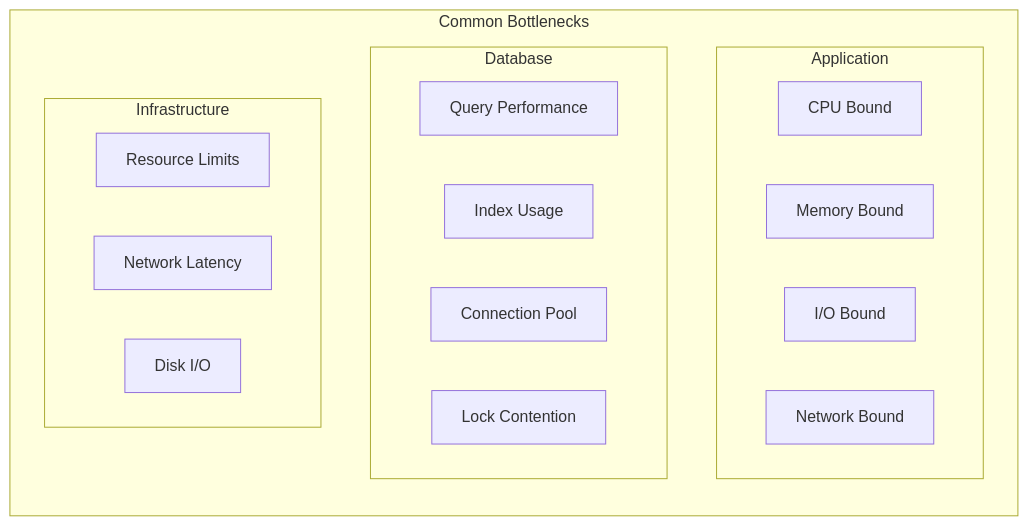
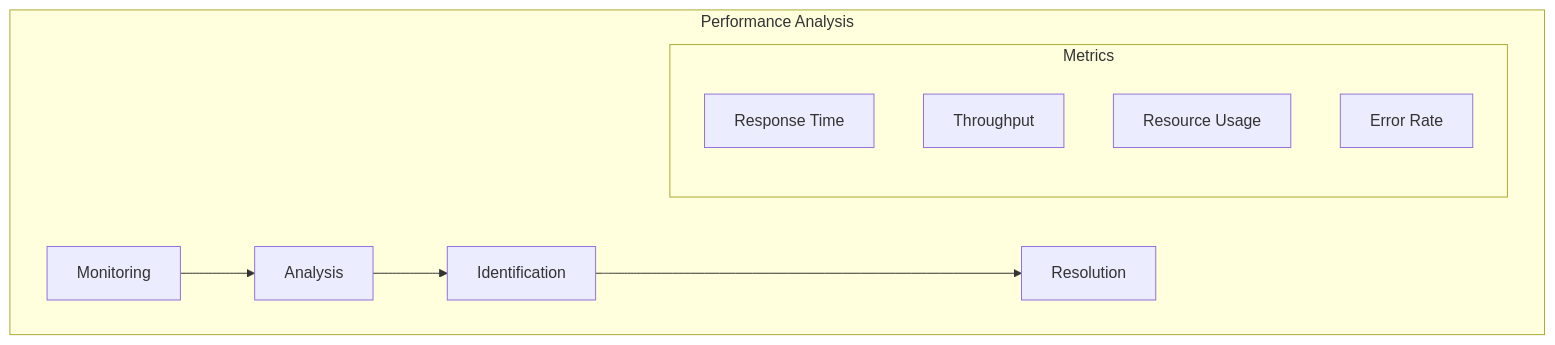
The second of 8 diagrams in src/Performance_Optimization_Techniques.md (saravanakumarrc/Architecture_Journey), drawn with Mermaid before and after one commit. The commit also changed other lines of this file and 4 other files, not shown here.

````diff
--- a/src/Performance_Optimization_Techniques.md
+++ b/src/Performance_Optimization_Techniques.md
@@ -25,26 +28,15 @@
 ```mermaid
 graph TB
-    subgraph "Common Bottlenecks"
-        direction TB
+    subgraph "Performance Analysis"
+        M[Monitoring] --> A[Analysis]
+        A --> I[Identification]
+        I --> R[Resolution]
         
-        subgraph "Application"
-            A1[CPU Bound]
-            A2[Memory Bound]
-            A3[I/O Bound]
-            A4[Network Bound]
-        end
-        
-        subgraph "Database"
-            D1[Query Performance]
-            D2[Index Usage]
-            D3[Connection Pool]
-            D4[Lock Contention]
-        end
-        
-        subgraph "Infrastructure"
-            I1[Resource Limits]
-            I2[Network Latency]
-            I3[Disk I/O]
+        subgraph "Metrics"
+            RT[Response Time]
+            TH[Throughput]
+            RU[Resource Usage]
+            ER[Error Rate]
         end
     end
 ```
````
